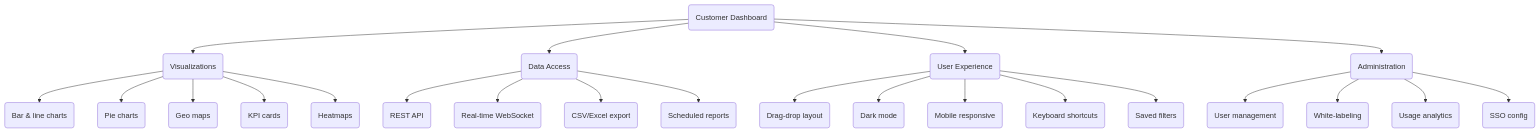
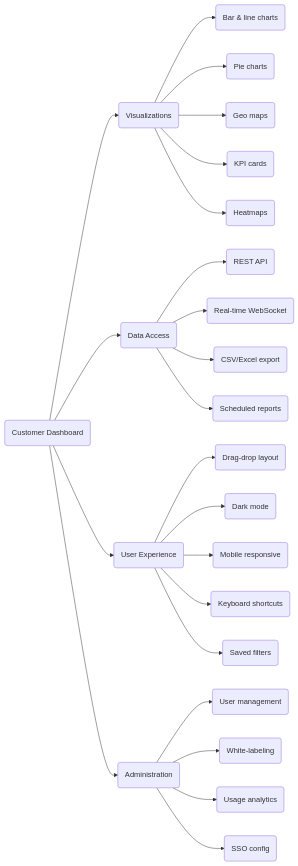
One commit to tm-henningnt/obesian-oats-demonotes changed the diagram in cabinets/default/notes/Work/Projects/Customer Dashboard/Feature Brainstorm.md. Above: the diagram before and after it, drawn with Mermaid. The commit also changed other lines of this file, not shown here.

Commit message:
Update: Feature Brainstorm

````diff
--- a/cabinets/default/notes/Work/Projects/Customer Dashboard/Feature Brainstorm.md
+++ b/cabinets/default/notes/Work/Projects/Customer Dashboard/Feature Brainstorm.md
@@ -14,26 +14,49 @@
 ```mermaid
 %% mode: mindmap
-flowchart TB
-  ROOT("Customer Dashboard") --> VIZ("Visualizations")
-  ROOT --> DATA("Data Access")
-  ROOT --> UX("User Experience")
-  ROOT --> ADMIN("Administration")
-  VIZ --> V1("Bar & line charts")
-  VIZ --> V2("Pie charts")
-  VIZ --> V3("Geo maps")
-  VIZ --> V4("KPI cards")
-  VIZ --> V5("Heatmaps")
-  DATA --> D1("REST API")
-  DATA --> D2("Real-time WebSocket")
-  DATA --> D3("CSV/Excel export")
-  DATA --> D4("Scheduled reports")
-  UX --> U1("Drag-drop layout")
-  UX --> U2("Dark mode")
-  UX --> U3("Mobile responsive")
-  UX --> U4("Keyboard shortcuts")
-  UX --> U5("Saved filters")
-  ADMIN --> A1("User management")
-  ADMIN --> A2("White-labeling")
-  ADMIN --> A3("Usage analytics")
-  ADMIN --> A4("SSO config")
+flowchart LR
+  ROOT("Customer Dashboard")
+  VIZ("Visualizations")
+  DATA("Data Access")
+  UX("User Experience")
+  ADMIN("Administration")
+  V1("Bar & line charts")
+  V2("Pie charts")
+  V3("Geo maps")
+  V4("KPI cards")
+  V5("Heatmaps")
+  D1("REST API")
+  D2("Real-time WebSocket")
+  D3("CSV/Excel export")
+  D4("Scheduled reports")
+  U1("Drag-drop layout")
+  U2("Dark mode")
+  U3("Mobile responsive")
+  U4("Keyboard shortcuts")
+  U5("Saved filters")
+  A1("User management")
+  A2("White-labeling")
+  A3("Usage analytics")
+  A4("SSO config")
+  ROOT --> VIZ
+  ROOT --> DATA
+  ROOT --> UX
+  ROOT --> ADMIN
+  VIZ --> V1
+  VIZ --> V2
+  VIZ --> V3
+  VIZ --> V4
+  VIZ --> V5
+  DATA --> D1
+  DATA --> D2
+  DATA --> D3
+  DATA --> D4
+  UX --> U1
+  UX --> U2
+  UX --> U3
+  UX --> U4
+  UX --> U5
+  ADMIN --> A1
+  ADMIN --> A2
+  ADMIN --> A3
+  ADMIN --> A4
 ```
````
